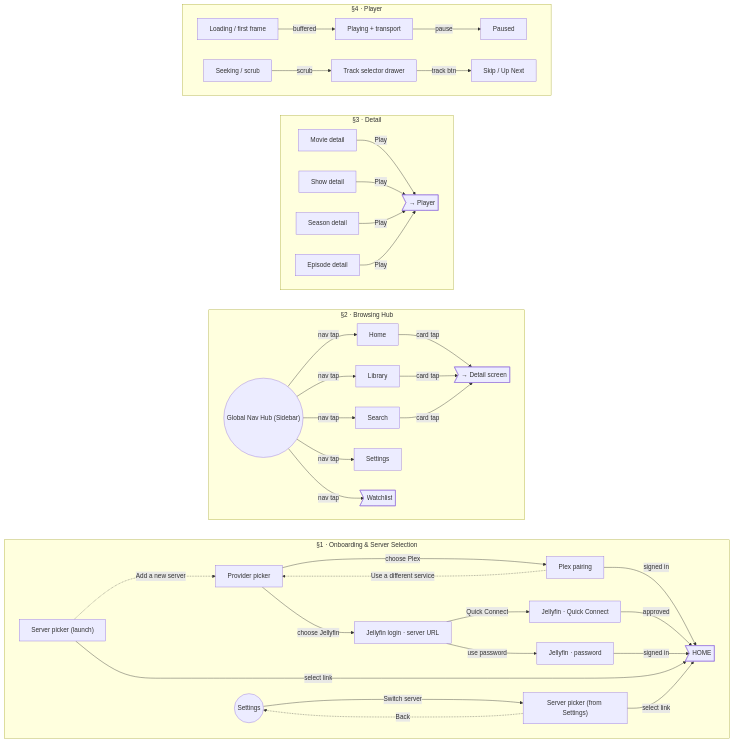
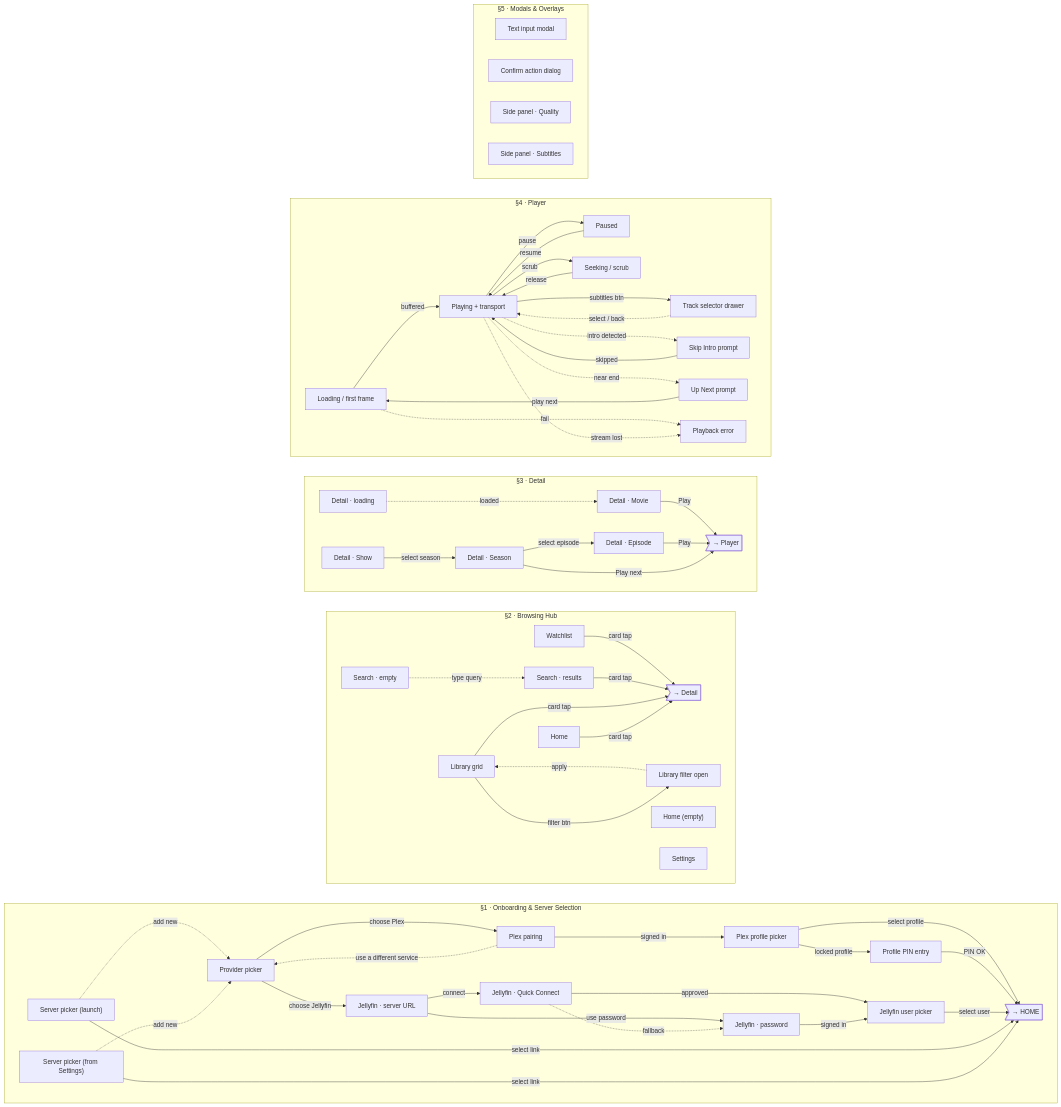
Before and after one commit to aa-hh/Plax: the diagram in docs/design-system/flow/flow.mmd, drawn with Mermaid. The commit also changed 43 other files, not shown here.

```diff
--- a/docs/design-system/flow/flow.mmd
+++ b/docs/design-system/flow/flow.mmd
@@ -1,72 +1,100 @@
 flowchart LR
   %% Generated from flow.yaml — DO NOT EDIT BY HAND
 
   subgraph s1["§1 · Onboarding & Server Selection"]
     direction LR
     provider_picker["Provider picker"]
     plex_pairing["Plex pairing"]
-    jf_login_url["Jellyfin login · server URL"]
+    jf_login_url["Jellyfin · server URL"]
     jf_login_quickconnect["Jellyfin · Quick Connect"]
     jf_login_password["Jellyfin · password"]
+    profile_picker["Plex profile picker"]
+    profile_picker_pin["Profile PIN entry"]
+    jf_user_picker["Jellyfin user picker"]
     server_picker_launch["Server picker (launch)"]
     server_picker_settings["Server picker (from Settings)"]
-    s1_home>"HOME"]
-    s1_settings(("Settings"))
+    s1_home>"→ HOME"]
   end
   subgraph s2["§2 · Browsing Hub"]
     direction LR
-    globalnav(("Global Nav Hub (Sidebar)"))
     home["Home"]
-    library["Library"]
-    search["Search"]
+    home_empty["Home (empty)"]
+    library["Library grid"]
+    library_filter["Library filter open"]
+    search["Search · results"]
+    search_empty["Search · empty"]
+    watchlist["Watchlist"]
     settings["Settings"]
-    watchlist>"Watchlist"]
-    detail_ref>"→ Detail screen"]
+    detail_ref>"→ Detail"]
   end
   subgraph s3["§3 · Detail"]
     direction LR
-    detail_movie["Movie detail"]
-    detail_show["Show detail"]
-    detail_season["Season detail"]
-    detail_episode["Episode detail"]
+    detail_movie["Detail · Movie"]
+    detail_show["Detail · Show"]
+    detail_season["Detail · Season"]
+    detail_episode["Detail · Episode"]
+    detail_loading["Detail · loading"]
     player_ref>"→ Player"]
   end
   subgraph s4["§4 · Player"]
     direction LR
     player_loading["Loading / first frame"]
     player_playing["Playing + transport"]
     player_paused["Paused"]
     player_seeking["Seeking / scrub"]
     player_track_drawer["Track selector drawer"]
-    player_up_next["Skip / Up Next"]
+    player_skip_intro["Skip Intro prompt"]
+    player_up_next["Up Next prompt"]
+    player_error["Playback error"]
+  end
+  subgraph s5["§5 · Modals & Overlays"]
+    direction LR
+    modal_text_input["Text input modal"]
+    modal_action_dialog["Confirm action dialog"]
+    side_panel_quality["Side panel · Quality"]
+    side_panel_subtitles["Side panel · Subtitles"]
   end
 
   provider_picker -->|choose Plex| plex_pairing
   provider_picker -->|choose Jellyfin| jf_login_url
-  plex_pairing -->|signed in| s1_home
-  jf_login_url -->|Quick Connect| jf_login_quickconnect
+  plex_pairing -->|signed in| profile_picker
+  plex_pairing -..->|use a different service| provider_picker
+  jf_login_url -->|connect| jf_login_quickconnect
   jf_login_url -->|use password| jf_login_password
-  jf_login_quickconnect -->|approved| s1_home
-  jf_login_password -->|signed in| s1_home
-  plex_pairing -..->|Use a different service| provider_picker
+  jf_login_quickconnect -->|approved| jf_user_picker
+  jf_login_quickconnect -..->|fallback| jf_login_password
+  jf_login_password -->|signed in| jf_user_picker
+  profile_picker -->|locked profile| profile_picker_pin
+  profile_picker -->|select profile| s1_home
+  profile_picker_pin -->|PIN OK| s1_home
+  jf_user_picker -->|select user| s1_home
   server_picker_launch -->|select link| s1_home
-  server_picker_launch -..->|Add a new server| provider_picker
-  s1_settings -->|Switch server| server_picker_settings
+  server_picker_launch -..->|add new| provider_picker
   server_picker_settings -->|select link| s1_home
-  server_picker_settings -..->|Back| s1_settings
-  globalnav -->|nav tap| home
-  globalnav -->|nav tap| library
-  globalnav -->|nav tap| search
-  globalnav -->|nav tap| settings
-  globalnav -->|nav tap| watchlist
+  server_picker_settings -..->|add new| provider_picker
   home -->|card tap| detail_ref
   library -->|card tap| detail_ref
+  library -->|filter btn| library_filter
+  library_filter -..->|apply| library
   search -->|card tap| detail_ref
+  search_empty -..->|type query| search
+  watchlist -->|card tap| detail_ref
+  detail_loading -..->|loaded| detail_movie
   detail_movie -->|Play| player_ref
-  detail_show -->|Play| player_ref
-  detail_season -->|Play| player_ref
+  detail_show -->|select season| detail_season
+  detail_season -->|select episode| detail_episode
   detail_episode -->|Play| player_ref
+  detail_season -->|Play next| player_ref
   player_loading -->|buffered| player_playing
   player_playing -->|pause| player_paused
-  player_seeking -->|scrub| player_track_drawer
-  player_track_drawer -->|track btn| player_up_next
+  player_paused -->|resume| player_playing
+  player_playing -->|scrub| player_seeking
+  player_seeking -->|release| player_playing
+  player_playing -->|subtitles btn| player_track_drawer
+  player_track_drawer -..->|select / back| player_playing
+  player_playing -..->|intro detected| player_skip_intro
+  player_skip_intro -->|skipped| player_playing
+  player_playing -..->|near end| player_up_next
+  player_up_next -->|play next| player_loading
+  player_loading -..->|fail| player_error
+  player_playing -..->|stream lost| player_error
```
